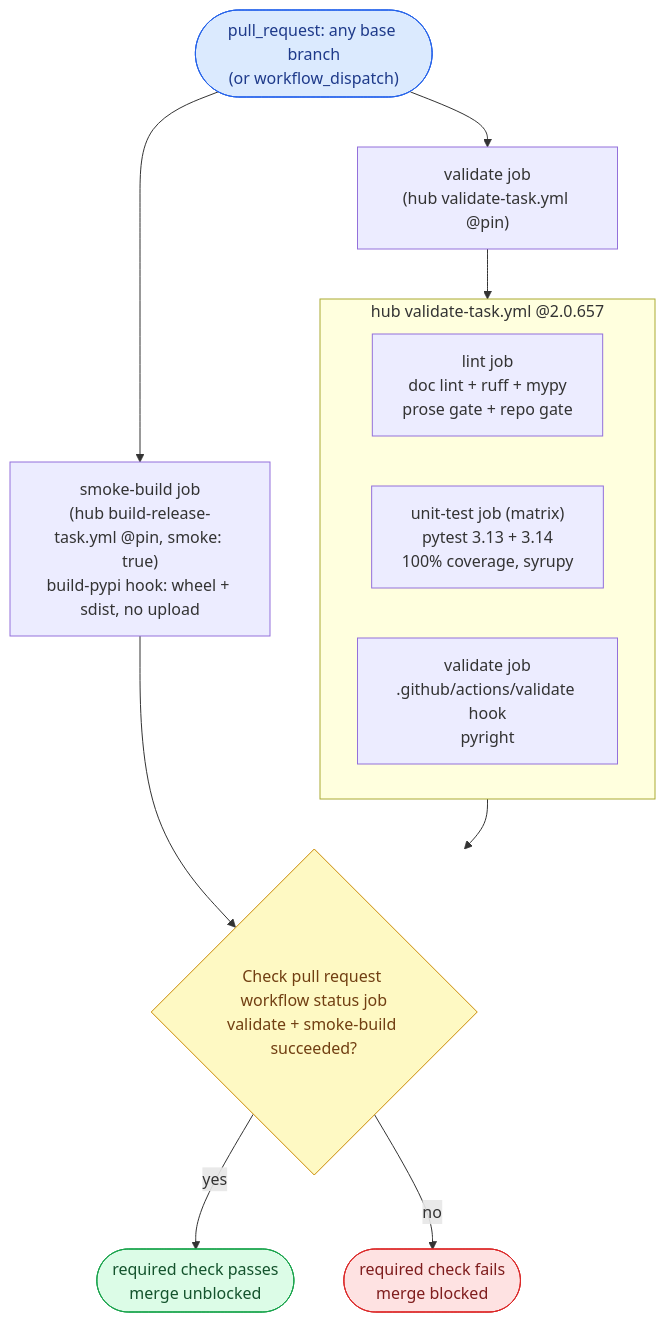
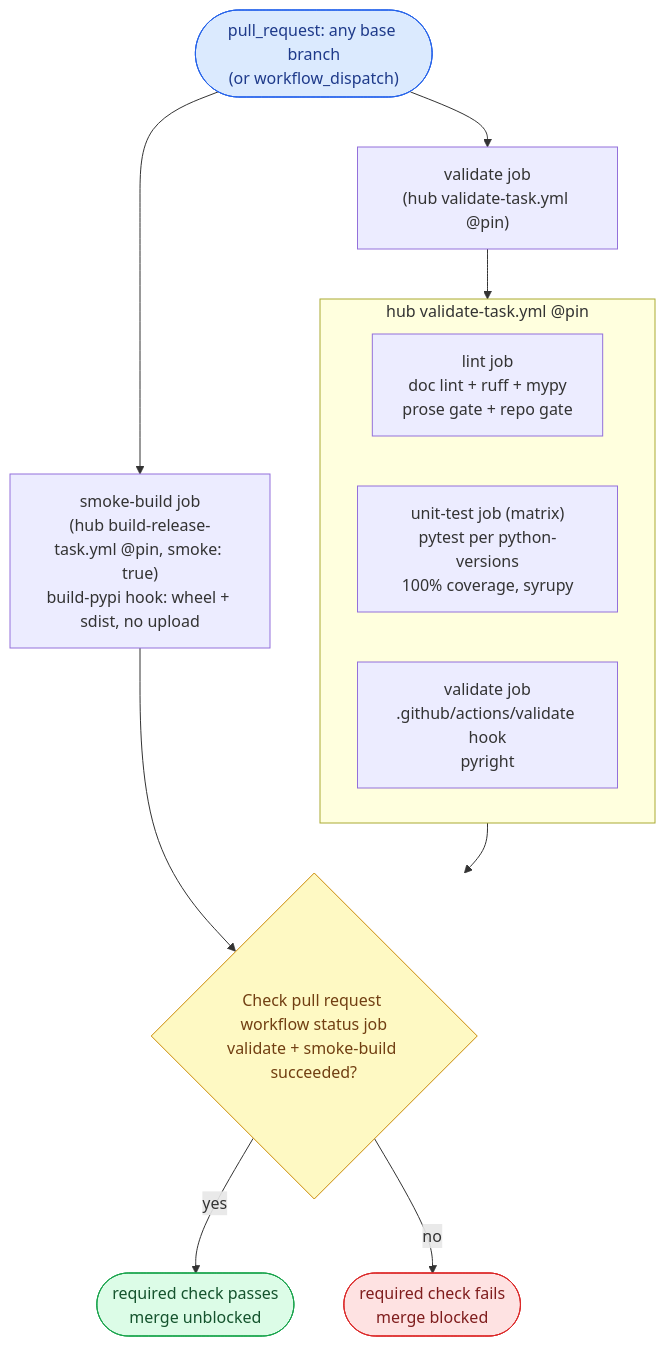
One commit to ptr727/aiopurpleair changed the first of 3 diagrams in WORKFLOW.md. Above: the diagram before and after it, drawn with Mermaid. The commit also changed other lines of this file and 3 other files, not shown here.

````diff
--- a/WORKFLOW.md
+++ b/WORKFLOW.md
@@ -112,20 +112,20 @@
 ```mermaid
 flowchart TD
     T(["pull_request: any base branch<br/>(or workflow_dispatch)"]):::trig
     T --> V["validate job<br/>(hub validate-task.yml @pin)"]
     T --> SB["smoke-build job<br/>(hub build-release-task.yml @pin, smoke: true)<br/>build-pypi hook: wheel + sdist, no upload"]
-    subgraph VT ["hub validate-task.yml @2.0.657"]
+    subgraph VT ["hub validate-task.yml @pin"]
         LN["lint job<br/>doc lint + ruff + mypy<br/>prose gate + repo gate"]
-        TS["unit-test job (matrix)<br/>pytest 3.13 + 3.14<br/>100% coverage, syrupy"]
+        TS["unit-test job (matrix)<br/>pytest per python-versions<br/>100% coverage, syrupy"]
         VH["validate job<br/>.github/actions/validate hook<br/>pyright"]
     end
     V --> VT
     VT --> A{"Check pull request workflow status job<br/>validate + smoke-build succeeded?"}:::gate
     SB --> A
     A -- "yes" --> G(["required check passes<br/>merge unblocked"]):::pub
     A -- "no" --> R(["required check fails<br/>merge blocked"]):::stop
     classDef trig fill:#dbeafe,stroke:#2563eb,color:#1e3a8a
     classDef gate fill:#fef9c3,stroke:#ca8a04,color:#713f12
     classDef pub fill:#dcfce7,stroke:#16a34a,color:#14532d
     classDef stop fill:#fee2e2,stroke:#dc2626,color:#7f1d1d
 ```
````
